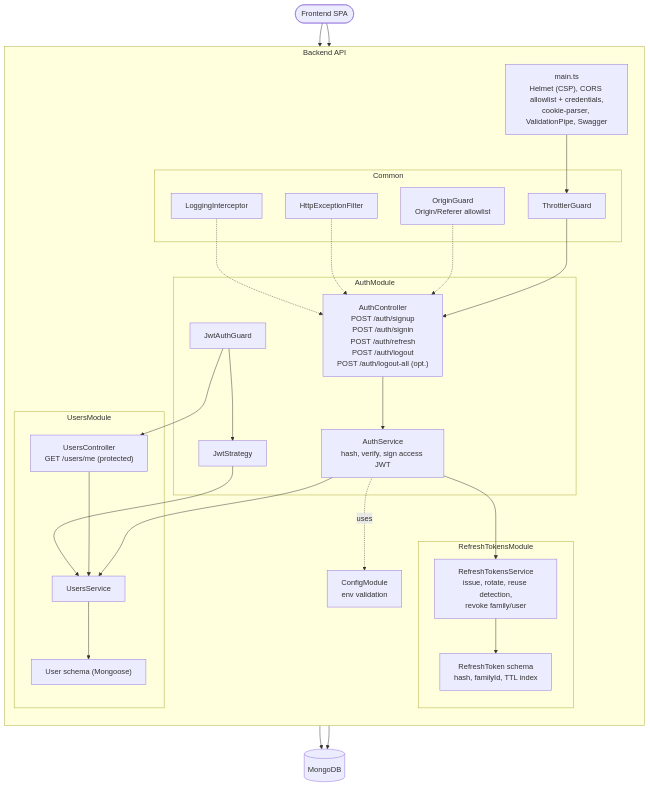
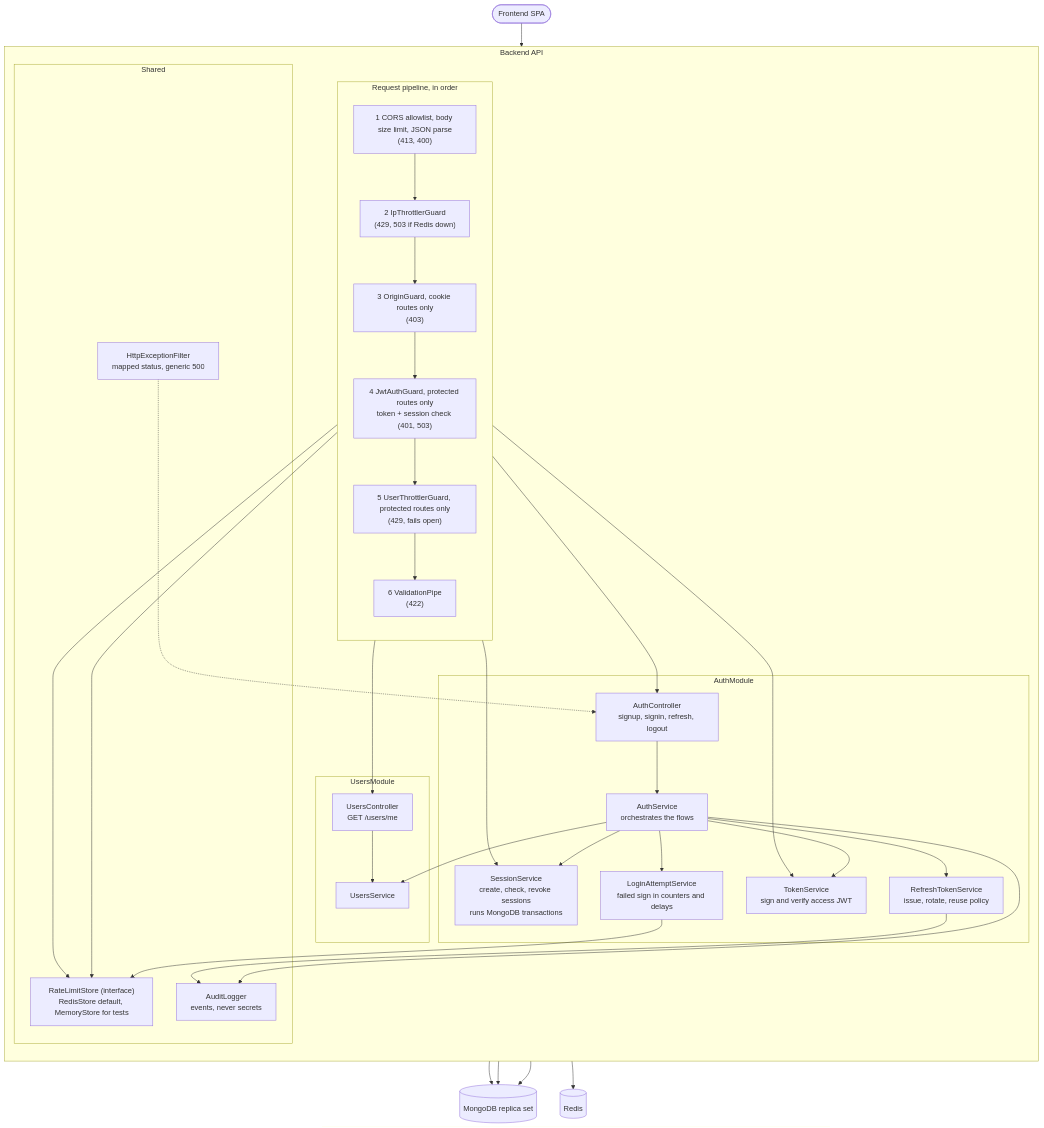
The first of 2 diagrams in docs/architecture/c3-component.md (Rowan-habashy/easyGenerator-auth), drawn with Mermaid before and after one commit. The commit also changed other lines of this file and 3 other files, not shown here.

Commit message:
Update on design architecture

````diff
--- a/docs/architecture/c3-component.md
+++ b/docs/architecture/c3-component.md
@@ -5,44 +5,55 @@
 ```mermaid
 flowchart TB
     client([Frontend SPA])
 
     subgraph api[Backend API]
         direction TB
-        main["main.ts<br/>Helmet (CSP), CORS allowlist + credentials,<br/>cookie-parser, ValidationPipe, Swagger"]
-        subgraph common[Common]
-            filter["HttpExceptionFilter"]
-            logger["LoggingInterceptor"]
-            throttle["ThrottlerGuard"]
-            og["OriginGuard<br/>Origin/Referer allowlist"]
+        subgraph pipe[Request pipeline, in order]
+            direction TB
+            p1["1 CORS allowlist, body size limit, JSON parse<br/>(413, 400)"]
+            p2["2 IpThrottlerGuard<br/>(429, 503 if Redis down)"]
+            p3["3 OriginGuard, cookie routes only<br/>(403)"]
+            p4["4 JwtAuthGuard, protected routes only<br/>token + session check (401, 503)"]
+            p5["5 UserThrottlerGuard, protected routes only<br/>(429, fails open)"]
+            p6["6 ValidationPipe<br/>(422)"]
+            p1 --> p2 --> p3 --> p4 --> p5 --> p6
         end
         subgraph auth[AuthModule]
-            ac["AuthController<br/>POST /auth/signup<br/>POST /auth/signin<br/>POST /auth/refresh<br/>POST /auth/logout<br/>POST /auth/logout-all (opt.)"]
-            as["AuthService<br/>hash, verify, sign access JWT"]
-            js["JwtStrategy"]
-            jg["JwtAuthGuard"]
-        end
-        subgraph rt[RefreshTokensModule]
-            rs["RefreshTokensService<br/>issue, rotate, reuse detection,<br/>revoke family/user"]
-            rr["RefreshToken schema<br/>hash, familyId, TTL index"]
+            ac["AuthController<br/>signup, signin, refresh, logout"]
+            as["AuthService<br/>orchestrates the flows"]
+            ss["SessionService<br/>create, check, revoke sessions<br/>runs MongoDB transactions"]
+            rts["RefreshTokenService<br/>issue, rotate, reuse policy"]
+            ts["TokenService<br/>sign and verify access JWT"]
+            lat["LoginAttemptService<br/>failed sign in counters and delays"]
         end
         subgraph users[UsersModule]
-            uc["UsersController<br/>GET /users/me (protected)"]
+            uc["UsersController<br/>GET /users/me"]
             us["UsersService"]
-            ur["User schema (Mongoose)"]
         end
-        cfg["ConfigModule<br/>env validation"]
+        subgraph shared[Shared]
+            rl["RateLimitStore (interface)<br/>RedisStore default, MemoryStore for tests"]
+            al["AuditLogger<br/>events, never secrets"]
+            ef["HttpExceptionFilter<br/>mapped status, generic 500"]
+        end
     end
-    db[("MongoDB")]
+    db[("MongoDB replica set")]
+    redis[("Redis")]
 
-    client --> main --> throttle --> ac
-    client --> jg --> uc
-    ac --> as --> us --> ur --> db
-    og -.-> ac
-    as --> rs --> rr --> db
-    uc --> us
-    jg --> js
-    js --> us
-    as -. "uses" .-> cfg
-    filter -.-> ac
-    logger -.-> ac
+    client --> p1
+    p6 --> ac --> as
+    p6 --> uc --> us
+    as --> us
+    as --> ss --> db
+    as --> rts --> db
+    as --> ts
+    as --> lat --> rl
+    p2 --> rl
+    p5 --> rl
+    rl --> redis
+    us --> db
+    p4 --> ss
+    p4 --> ts
+    as --> al
+    rts --> al
+    ef -.-> ac
 ```
````
